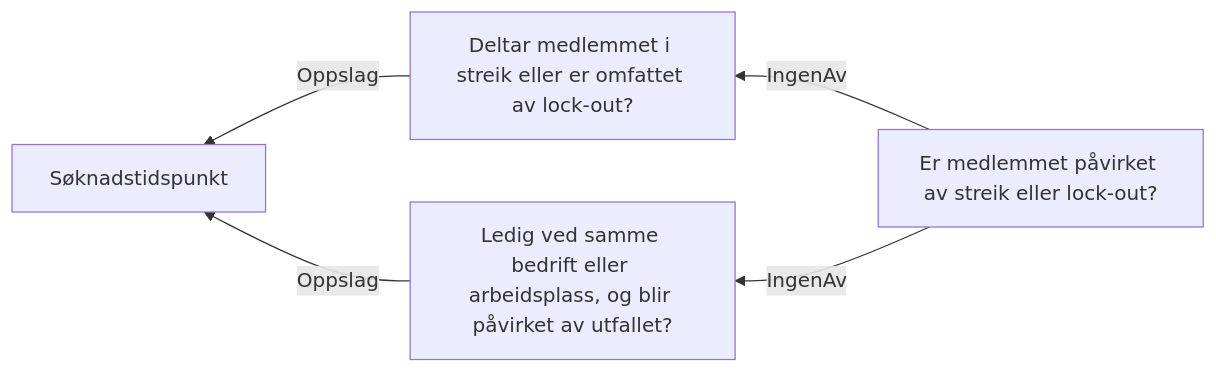
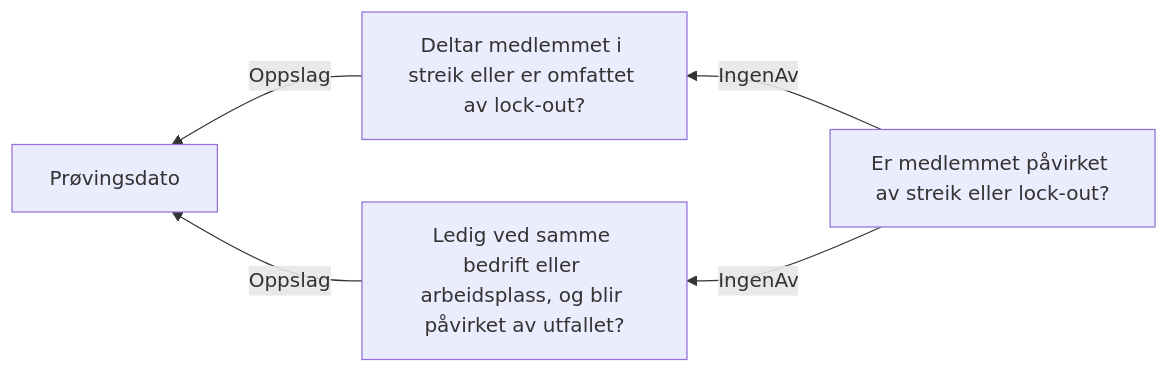
One commit to navikt/dp-vedtak changed the diagram in docs/regler/§ 4-22. Bortfall ved streik eller lockout.approved.md. Above: the diagram before and after it, drawn with Mermaid. The commit also changed 41 other files, not shown here.

Commit message:
Bytt ut søknadstidspunkt med prøvingsdato i reglene

````diff
--- a/docs/regler/§ 4-22. Bortfall ved streik eller lockout.approved.md
+++ b/docs/regler/§ 4-22. Bortfall ved streik eller lockout.approved.md
@@ -5,7 +5,7 @@
 ```mermaid
 graph RL
-  A["Deltar medlemmet i streik eller er omfattet av lock-out?"] -->|"Oppslag"| B["Søknadstidspunkt"]
-  C["Ledig ved samme bedrift eller arbeidsplass, og blir påvirket av utfallet?"] -->|"Oppslag"| B["Søknadstidspunkt"]
+  A["Deltar medlemmet i streik eller er omfattet av lock-out?"] -->|"Oppslag"| B["Prøvingsdato"]
+  C["Ledig ved samme bedrift eller arbeidsplass, og blir påvirket av utfallet?"] -->|"Oppslag"| B["Prøvingsdato"]
   D["Er medlemmet påvirket av streik eller lock-out?"] -->|"IngenAv"| A["Deltar medlemmet i streik eller er omfattet av lock-out?"]
   D["Er medlemmet påvirket av streik eller lock-out?"] -->|"IngenAv"| C["Ledig ved samme bedrift eller arbeidsplass, og blir påvirket av utfallet?"]
 ```
````
